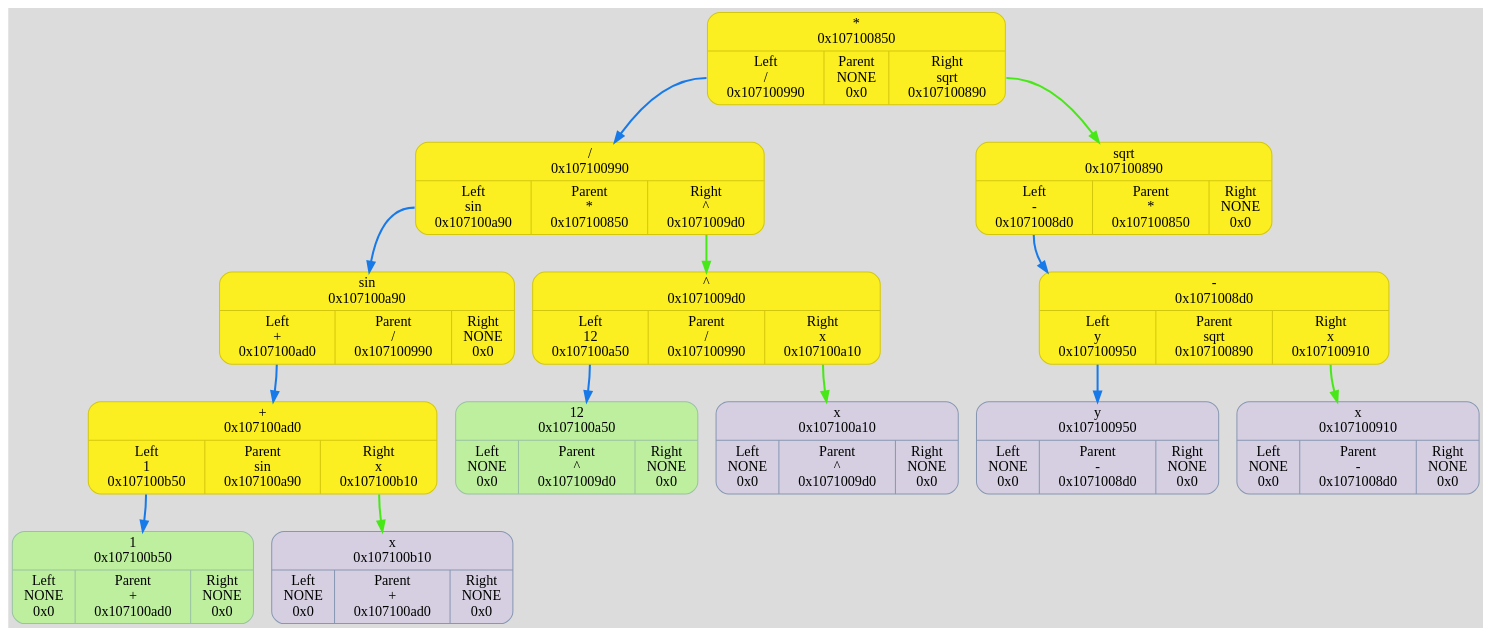
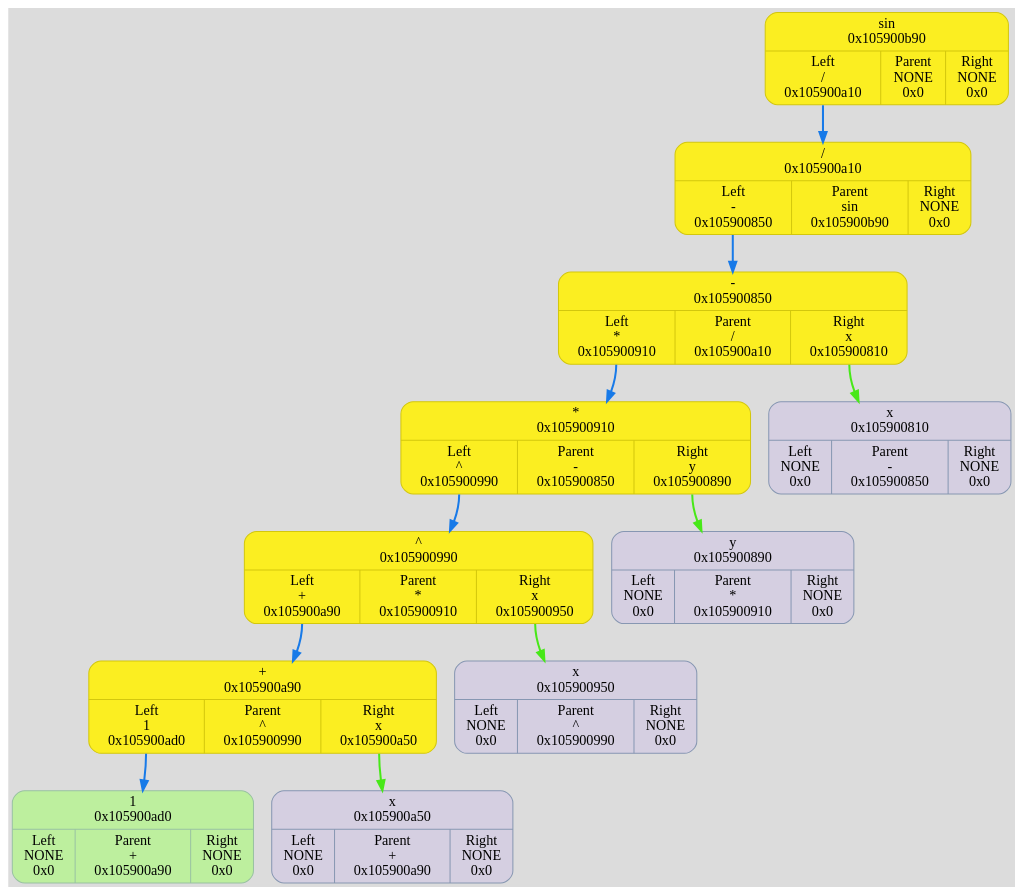
The diagram in dump/graph.dot (TolikRogov/Differentiator), drawn with Graphviz before and after one commit. The commit also changed 32 other files, not shown here.

```diff
--- a/dump/graph.dot
+++ b/dump/graph.dot
@@ -1,30 +1,26 @@
 digraph {
 	fontname = "UbuntuMono";
 	bgcolor = "#DCDCDC";
 
-	node0x107100850 [ shape = Mrecord; style = filled; fillcolor = "#FBEE21"; color = "#D3C70D"; fontcolor = "#000000"; label = " { *\n0x107100850 | { <left> Left\n/\n0x107100990 | Parent\nNONE\n0x0 | <right> Right\nsqrt\n0x107100890 } } "; ];
-	node0x107100850:<left> -> node0x107100990 [ style = "bold"; color = "#187AE8"; label = ""; ];
-	node0x107100990 [ shape = Mrecord; style = filled; fillcolor = "#FBEE21"; color = "#D3C70D"; fontcolor = "#000000"; label = " { /\n0x107100990 | { <left> Left\nsin\n0x107100a90 | Parent\n*\n0x107100850 | <right> Right\n^\n0x1071009d0 } } "; ];
-	node0x107100990:<left> -> node0x107100a90 [ style = "bold"; color = "#187AE8"; label = ""; ];
-	node0x107100a90 [ shape = Mrecord; style = filled; fillcolor = "#FBEE21"; color = "#D3C70D"; fontcolor = "#000000"; label = " { sin\n0x107100a90 | { <left> Left\n+\n0x107100ad0 | Parent\n/\n0x107100990 | <right> Right\nNONE\n0x0 } } "; ];
-	node0x107100a90:<left> -> node0x107100ad0 [ style = "bold"; color = "#187AE8"; label = ""; ];
-	node0x107100ad0 [ shape = Mrecord; style = filled; fillcolor = "#FBEE21"; color = "#D3C70D"; fontcolor = "#000000"; label = " { +\n0x107100ad0 | { <left> Left\n1\n0x107100b50 | Parent\nsin\n0x107100a90 | <right> Right\nx\n0x107100b10 } } "; ];
-	node0x107100ad0:<left> -> node0x107100b50 [ style = "bold"; color = "#187AE8"; label = ""; ];
-	node0x107100b50 [ shape = Mrecord; style = filled; fillcolor = "#BDEF9E"; color = "#99c2a2"; fontcolor = "#000000"; label = " { 1\n0x107100b50 | { <left> Left\nNONE\n0x0 | Parent\n+\n0x107100ad0 | <right> Right\nNONE\n0x0 } } "; ];
-	node0x107100b10 [ shape = Mrecord; style = filled; fillcolor = "#D5CFE1"; color = "#8797b2"; fontcolor = "#000000"; label = " { x\n0x107100b10 | { <left> Left\nNONE\n0x0 | Parent\n+\n0x107100ad0 | <right> Right\nNONE\n0x0 } } "; ];
-	node0x107100ad0:<right> -> node0x107100b10 [ style = "bold"; color = "#48E818"; label = ""; ];
-	node0x1071009d0 [ shape = Mrecord; style = filled; fillcolor = "#FBEE21"; color = "#D3C70D"; fontcolor = "#000000"; label = " { ^\n0x1071009d0 | { <left> Left\n12\n0x107100a50 | Parent\n/\n0x107100990 | <right> Right\nx\n0x107100a10 } } "; ];
-	node0x1071009d0:<left> -> node0x107100a50 [ style = "bold"; color = "#187AE8"; label = ""; ];
-	node0x107100a50 [ shape = Mrecord; style = filled; fillcolor = "#BDEF9E"; color = "#99c2a2"; fontcolor = "#000000"; label = " { 12\n0x107100a50 | { <left> Left\nNONE\n0x0 | Parent\n^\n0x1071009d0 | <right> Right\nNONE\n0x0 } } "; ];
-	node0x107100a10 [ shape = Mrecord; style = filled; fillcolor = "#D5CFE1"; color = "#8797b2"; fontcolor = "#000000"; label = " { x\n0x107100a10 | { <left> Left\nNONE\n0x0 | Parent\n^\n0x1071009d0 | <right> Right\nNONE\n0x0 } } "; ];
-	node0x1071009d0:<right> -> node0x107100a10 [ style = "bold"; color = "#48E818"; label = ""; ];
-	node0x107100990:<right> -> node0x1071009d0 [ style = "bold"; color = "#48E818"; label = ""; ];
-	node0x107100890 [ shape = Mrecord; style = filled; fillcolor = "#FBEE21"; color = "#D3C70D"; fontcolor = "#000000"; label = " { sqrt\n0x107100890 | { <left> Left\n-\n0x1071008d0 | Parent\n*\n0x107100850 | <right> Right\nNONE\n0x0 } } "; ];
-	node0x107100890:<left> -> node0x1071008d0 [ style = "bold"; color = "#187AE8"; label = ""; ];
-	node0x1071008d0 [ shape = Mrecord; style = filled; fillcolor = "#FBEE21"; color = "#D3C70D"; fontcolor = "#000000"; label = " { -\n0x1071008d0 | { <left> Left\ny\n0x107100950 | Parent\nsqrt\n0x107100890 | <right> Right\nx\n0x107100910 } } "; ];
-	node0x1071008d0:<left> -> node0x107100950 [ style = "bold"; color = "#187AE8"; label = ""; ];
-	node0x107100950 [ shape = Mrecord; style = filled; fillcolor = "#D5CFE1"; color = "#8797b2"; fontcolor = "#000000"; label = " { y\n0x107100950 | { <left> Left\nNONE\n0x0 | Parent\n-\n0x1071008d0 | <right> Right\nNONE\n0x0 } } "; ];
-	node0x107100910 [ shape = Mrecord; style = filled; fillcolor = "#D5CFE1"; color = "#8797b2"; fontcolor = "#000000"; label = " { x\n0x107100910 | { <left> Left\nNONE\n0x0 | Parent\n-\n0x1071008d0 | <right> Right\nNONE\n0x0 } } "; ];
-	node0x1071008d0:<right> -> node0x107100910 [ style = "bold"; color = "#48E818"; label = ""; ];
-	node0x107100850:<right> -> node0x107100890 [ style = "bold"; color = "#48E818"; label = ""; ];
+	node0x105900b90 [ shape = Mrecord; style = filled; fillcolor = "#FBEE21"; color = "#D3C70D"; fontcolor = "#000000"; label = " { sin\n0x105900b90 | { <left> Left\n/\n0x105900a10 | Parent\nNONE\n0x0 | <right> Right\nNONE\n0x0 } } "; ];
+	node0x105900b90:<left> -> node0x105900a10 [ style = "bold"; color = "#187AE8"; label = ""; ];
+	node0x105900a10 [ shape = Mrecord; style = filled; fillcolor = "#FBEE21"; color = "#D3C70D"; fontcolor = "#000000"; label = " { /\n0x105900a10 | { <left> Left\n-\n0x105900850 | Parent\nsin\n0x105900b90 | <right> Right\nNONE\n0x0 } } "; ];
+	node0x105900a10:<left> -> node0x105900850 [ style = "bold"; color = "#187AE8"; label = ""; ];
+	node0x105900850 [ shape = Mrecord; style = filled; fillcolor = "#FBEE21"; color = "#D3C70D"; fontcolor = "#000000"; label = " { -\n0x105900850 | { <left> Left\n*\n0x105900910 | Parent\n/\n0x105900a10 | <right> Right\nx\n0x105900810 } } "; ];
+	node0x105900850:<left> -> node0x105900910 [ style = "bold"; color = "#187AE8"; label = ""; ];
+	node0x105900910 [ shape = Mrecord; style = filled; fillcolor = "#FBEE21"; color = "#D3C70D"; fontcolor = "#000000"; label = " { *\n0x105900910 | { <left> Left\n^\n0x105900990 | Parent\n-\n0x105900850 | <right> Right\ny\n0x105900890 } } "; ];
+	node0x105900910:<left> -> node0x105900990 [ style = "bold"; color = "#187AE8"; label = ""; ];
+	node0x105900990 [ shape = Mrecord; style = filled; fillcolor = "#FBEE21"; color = "#D3C70D"; fontcolor = "#000000"; label = " { ^\n0x105900990 | { <left> Left\n+\n0x105900a90 | Parent\n*\n0x105900910 | <right> Right\nx\n0x105900950 } } "; ];
+	node0x105900990:<left> -> node0x105900a90 [ style = "bold"; color = "#187AE8"; label = ""; ];
+	node0x105900a90 [ shape = Mrecord; style = filled; fillcolor = "#FBEE21"; color = "#D3C70D"; fontcolor = "#000000"; label = " { +\n0x105900a90 | { <left> Left\n1\n0x105900ad0 | Parent\n^\n0x105900990 | <right> Right\nx\n0x105900a50 } } "; ];
+	node0x105900a90:<left> -> node0x105900ad0 [ style = "bold"; color = "#187AE8"; label = ""; ];
+	node0x105900ad0 [ shape = Mrecord; style = filled; fillcolor = "#BDEF9E"; color = "#99c2a2"; fontcolor = "#000000"; label = " { 1\n0x105900ad0 | { <left> Left\nNONE\n0x0 | Parent\n+\n0x105900a90 | <right> Right\nNONE\n0x0 } } "; ];
+	node0x105900a50 [ shape = Mrecord; style = filled; fillcolor = "#D5CFE1"; color = "#8797b2"; fontcolor = "#000000"; label = " { x\n0x105900a50 | { <left> Left\nNONE\n0x0 | Parent\n+\n0x105900a90 | <right> Right\nNONE\n0x0 } } "; ];
+	node0x105900a90:<right> -> node0x105900a50 [ style = "bold"; color = "#48E818"; label = ""; ];
+	node0x105900950 [ shape = Mrecord; style = filled; fillcolor = "#D5CFE1"; color = "#8797b2"; fontcolor = "#000000"; label = " { x\n0x105900950 | { <left> Left\nNONE\n0x0 | Parent\n^\n0x105900990 | <right> Right\nNONE\n0x0 } } "; ];
+	node0x105900990:<right> -> node0x105900950 [ style = "bold"; color = "#48E818"; label = ""; ];
+	node0x105900890 [ shape = Mrecord; style = filled; fillcolor = "#D5CFE1"; color = "#8797b2"; fontcolor = "#000000"; label = " { y\n0x105900890 | { <left> Left\nNONE\n0x0 | Parent\n*\n0x105900910 | <right> Right\nNONE\n0x0 } } "; ];
+	node0x105900910:<right> -> node0x105900890 [ style = "bold"; color = "#48E818"; label = ""; ];
+	node0x105900810 [ shape = Mrecord; style = filled; fillcolor = "#D5CFE1"; color = "#8797b2"; fontcolor = "#000000"; label = " { x\n0x105900810 | { <left> Left\nNONE\n0x0 | Parent\n-\n0x105900850 | <right> Right\nNONE\n0x0 } } "; ];
+	node0x105900850:<right> -> node0x105900810 [ style = "bold"; color = "#48E818"; label = ""; ];
 }
```
